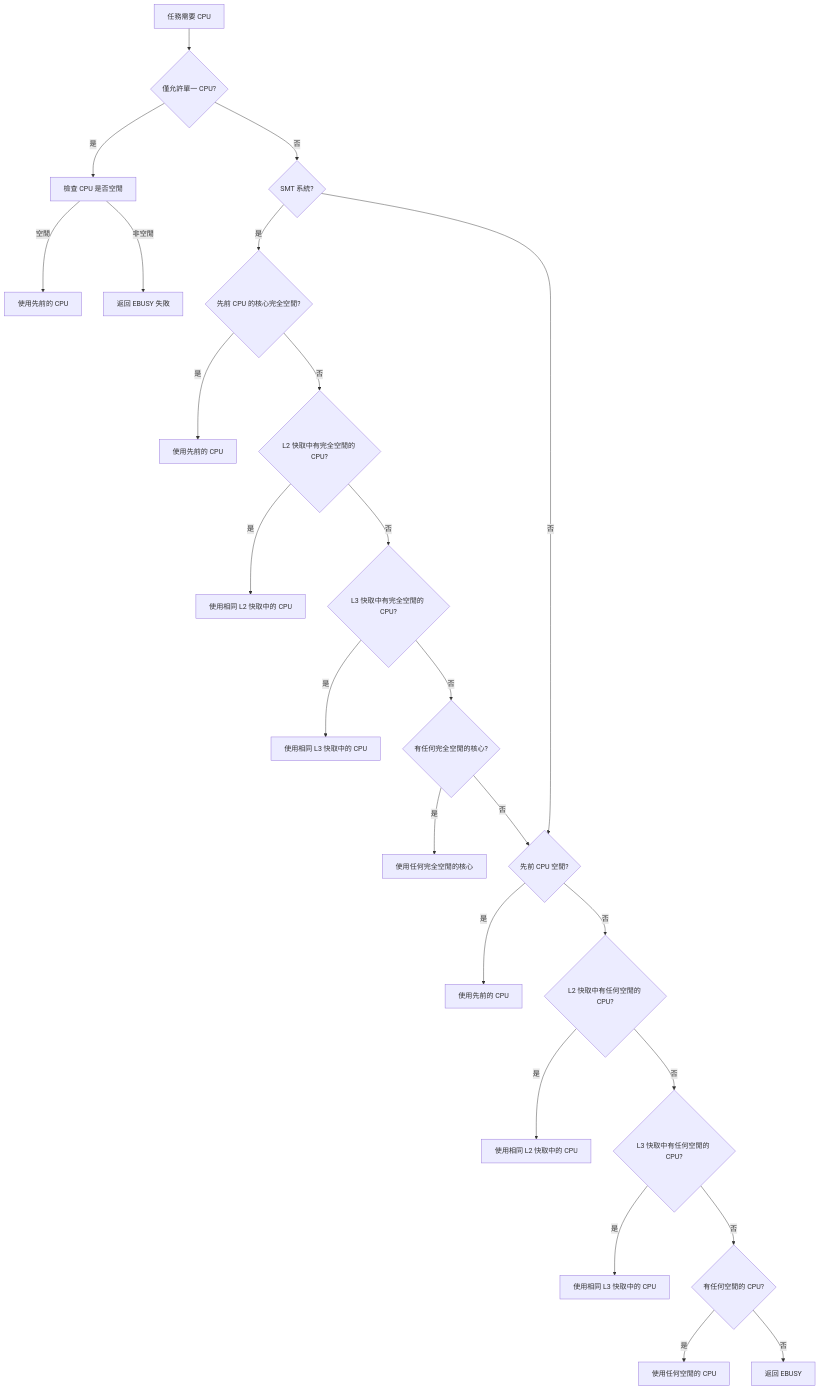
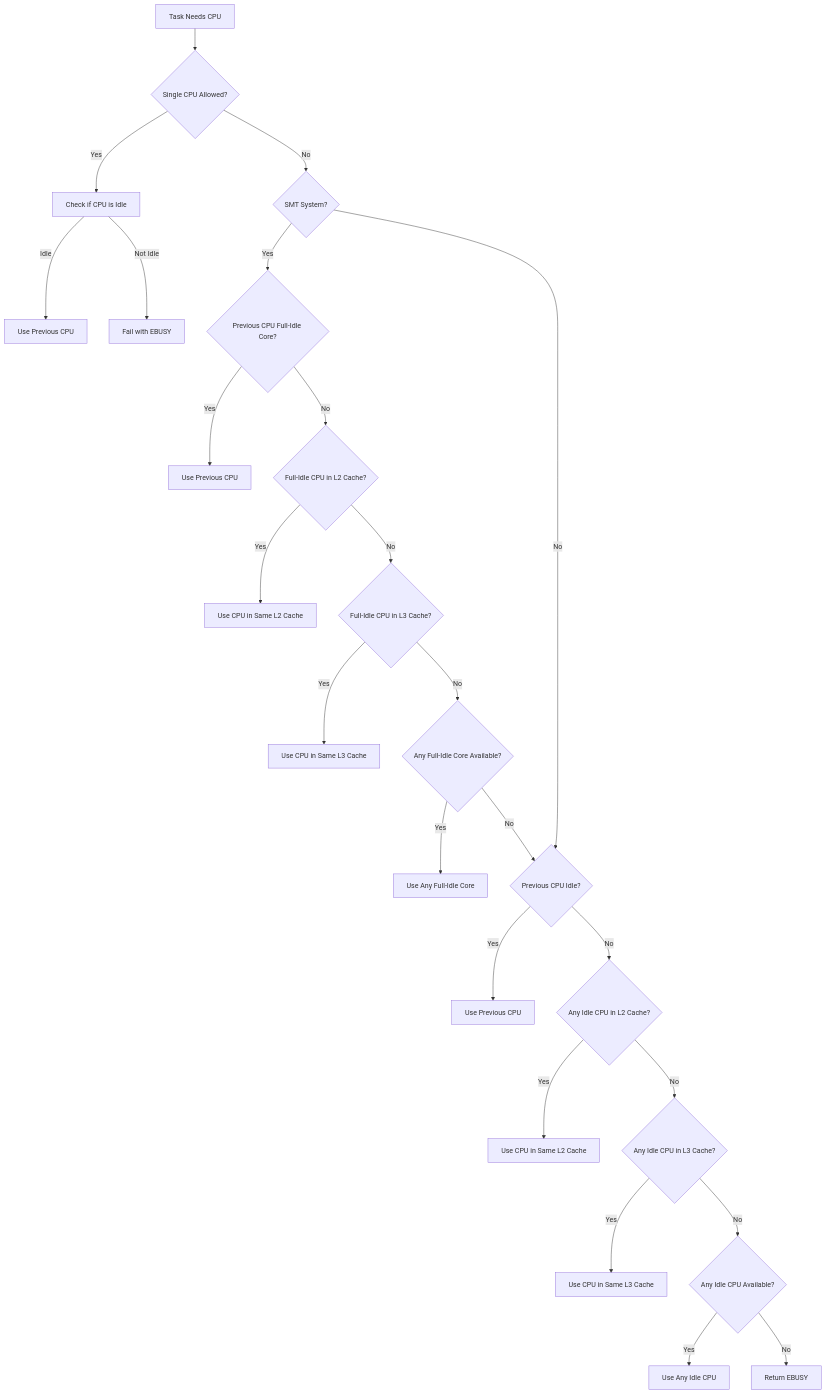
The third of 6 diagrams in docs/how-it-works.md (Gthulhu/docs), drawn with Mermaid before and after one commit. The commit also changed other lines of this file and 29 other files, not shown here.

````diff
--- a/docs/how-it-works.md
+++ b/docs/how-it-works.md
@@ -106,36 +106,36 @@
 ```mermaid
 graph TB
-    A[任務需要 CPU] --> AA{僅允許單一 CPU?}
-    AA -->|是| AB[檢查 CPU 是否空閒]
-    AA -->|否| B{SMT 系統?}
+    A[Task Needs CPU] --> AA{Single CPU Allowed?}
+    AA -->|Yes| AB[Check if CPU is Idle]
+    AA -->|No| B{SMT System?}
     
-    AB -->|空閒| AC[使用先前的 CPU]
-    AB -->|非空閒| AD[返回 EBUSY 失敗]
+    AB -->|Idle| AC[Use Previous CPU]
+    AB -->|Not Idle| AD[Fail with EBUSY]
     
-    B -->|是| C{先前 CPU 的核心完全空閒?}
-    B -->|否| G{先前 CPU 空閒?}
+    B -->|Yes| C{Previous CPU Full-Idle Core?}
+    B -->|No| G{Previous CPU Idle?}
     
-    C -->|是| D[使用先前的 CPU]
-    C -->|否| E{L2 快取中有完全空閒的 CPU?}
+    C -->|Yes| D[Use Previous CPU]
+    C -->|No| E{Full-Idle CPU in L2 Cache?}
     
-    E -->|是| F[使用相同 L2 快取中的 CPU]
-    E -->|否| H{L3 快取中有完全空閒的 CPU?}
+    E -->|Yes| F[Use CPU in Same L2 Cache]
+    E -->|No| H{Full-Idle CPU in L3 Cache?}
     
-    H -->|是| I[使用相同 L3 快取中的 CPU]
-    H -->|否| J{有任何完全空閒的核心?}
+    H -->|Yes| I[Use CPU in Same L3 Cache]
+    H -->|No| J{Any Full-Idle Core Available?}
     
-    J -->|是| K[使用任何完全空閒的核心]
-    J -->|否| G
+    J -->|Yes| K[Use Any Full-Idle Core]
+    J -->|No| G
     
-    G -->|是| L[使用先前的 CPU]
-    G -->|否| M{L2 快取中有任何空閒的 CPU?}
+    G -->|Yes| L[Use Previous CPU]
+    G -->|No| M{Any Idle CPU in L2 Cache?}
     
-    M -->|是| N[使用相同 L2 快取中的 CPU]
-    M -->|否| O{L3 快取中有任何空閒的 CPU?}
+    M -->|Yes| N[Use CPU in Same L2 Cache]
+    M -->|No| O{Any Idle CPU in L3 Cache?}
     
-    O -->|是| P[使用相同 L3 快取中的 CPU]
-    O -->|否| Q{有任何空閒的 CPU?}
+    O -->|Yes| P[Use CPU in Same L3 Cache]
+    O -->|No| Q{Any Idle CPU Available?}
     
-    Q -->|是| R[使用任何空閒的 CPU]
-    Q -->|否| S[返回 EBUSY]
+    Q -->|Yes| R[Use Any Idle CPU]
+    Q -->|No| S[Return EBUSY]
 ```
````
